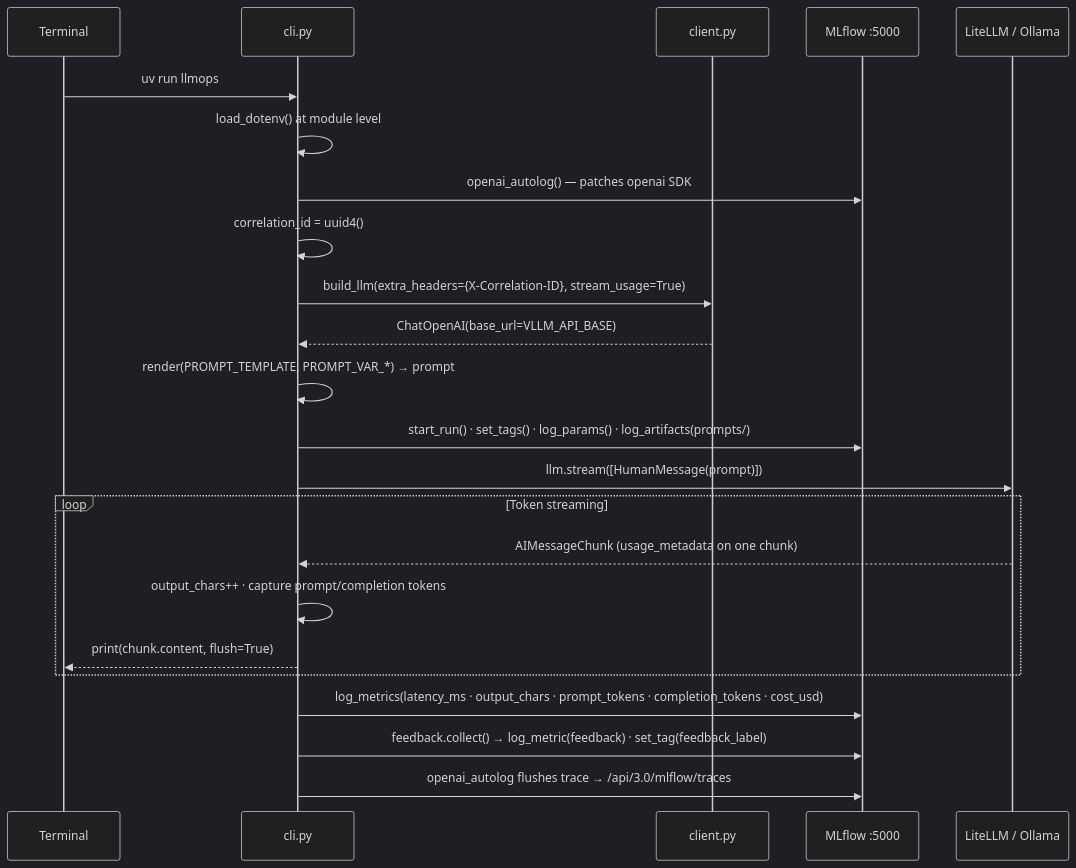
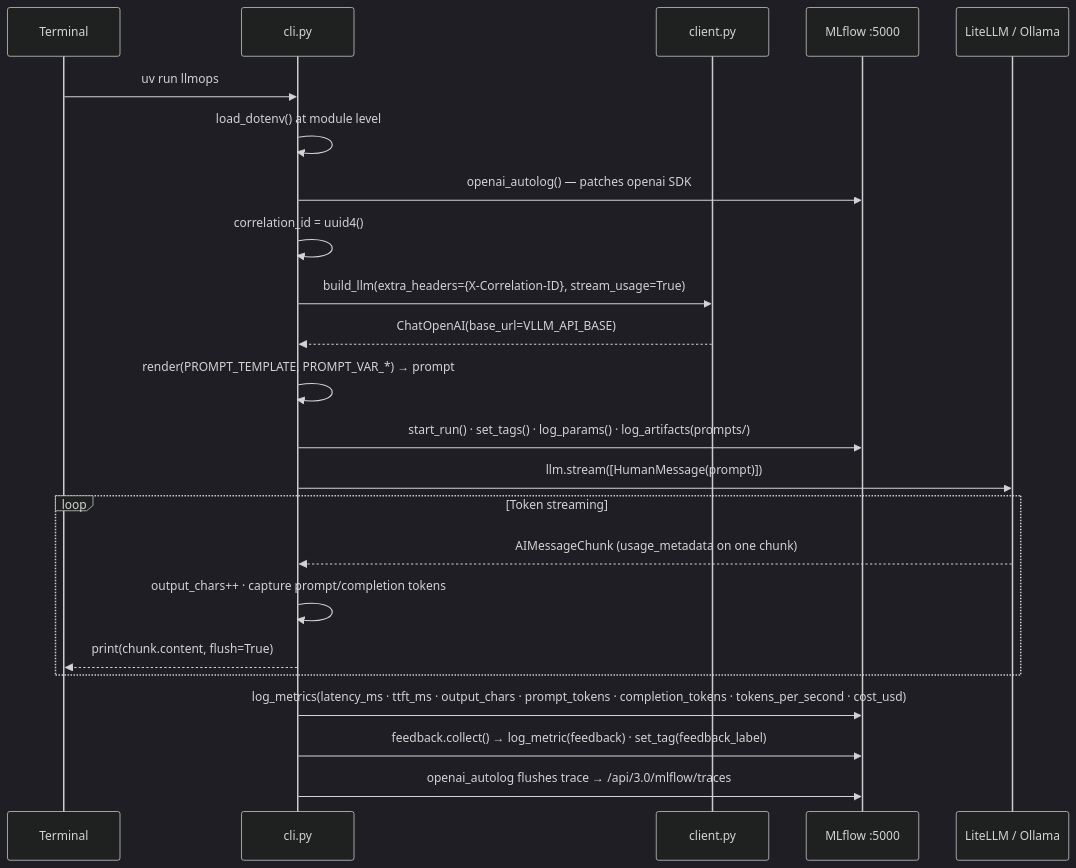
One commit to ayushsoni1010/vllmops changed the fourth of 5 diagrams in ARCHITECTURE.md. Above: the diagram before and after it, drawn with Mermaid (dark theme). The commit also changed other lines of this file and 1 other file, not shown here.

Commit message:
docs: add tokens_per_second to metrics tables in architecture and cli-flow

````diff
--- a/ARCHITECTURE.md
+++ b/ARCHITECTURE.md
@@ -124,26 +124,26 @@
 ```mermaid
 sequenceDiagram
     participant U  as Terminal
     participant C  as cli.py
     participant B  as client.py
     participant ML as MLflow :5000
     participant L  as LiteLLM / Ollama
 
     U  ->> C  : uv run llmops
     C  ->> C  : load_dotenv() at module level
     C  ->> ML : openai_autolog() — patches openai SDK
     C  ->> C  : correlation_id = uuid4()
     C  ->> B  : build_llm(extra_headers={X-Correlation-ID}, stream_usage=True)
     B  -->> C : ChatOpenAI(base_url=VLLM_API_BASE)
     C  ->> C  : render(PROMPT_TEMPLATE, PROMPT_VAR_*) → prompt
     C  ->> ML : start_run() · set_tags() · log_params() · log_artifacts(prompts/)
     C  ->> L  : llm.stream([HumanMessage(prompt)])
     loop Token streaming
         L  -->> C  : AIMessageChunk (usage_metadata on one chunk)
         C  ->> C  : output_chars++ · capture prompt/completion tokens
         C  -->> U : print(chunk.content, flush=True)
     end
-    C  ->> ML : log_metrics(latency_ms · output_chars · prompt_tokens · completion_tokens · cost_usd)
+    C  ->> ML : log_metrics(latency_ms · ttft_ms · output_chars · prompt_tokens · completion_tokens · tokens_per_second · cost_usd)
     C  ->> ML : feedback.collect() → log_metric(feedback) · set_tag(feedback_label)
     C  ->> ML : openai_autolog flushes trace → /api/3.0/mlflow/traces
 ```
````
